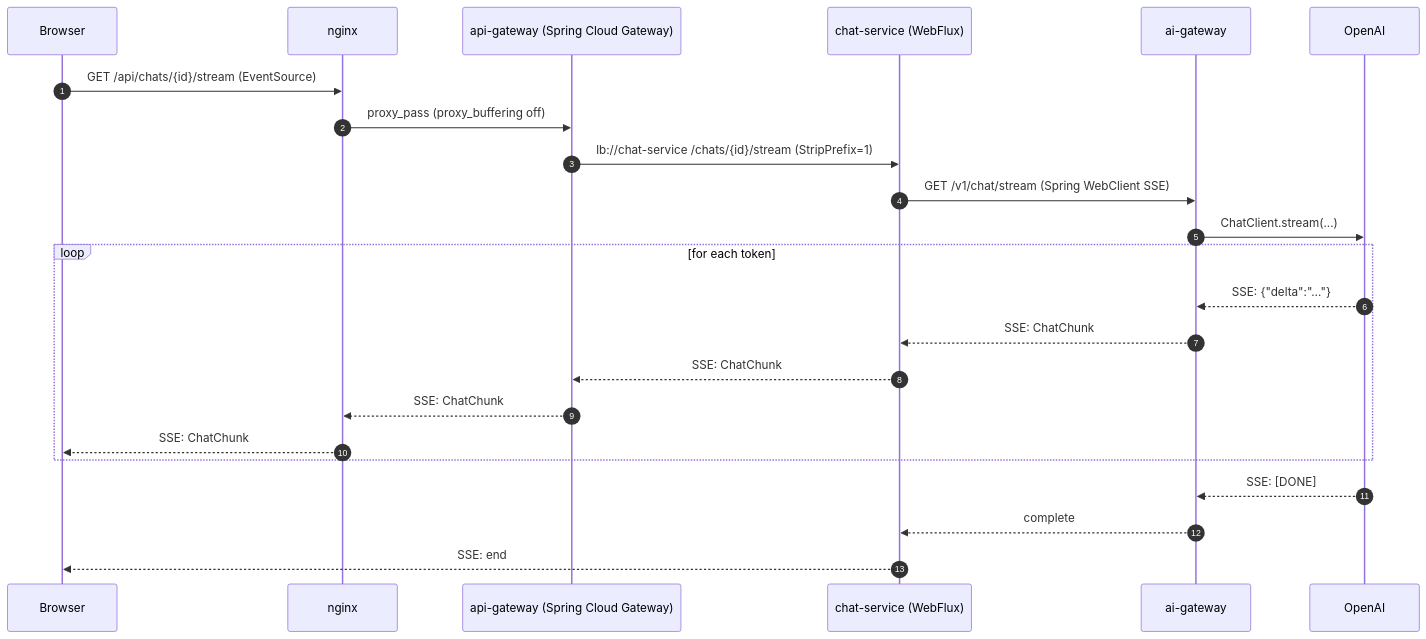
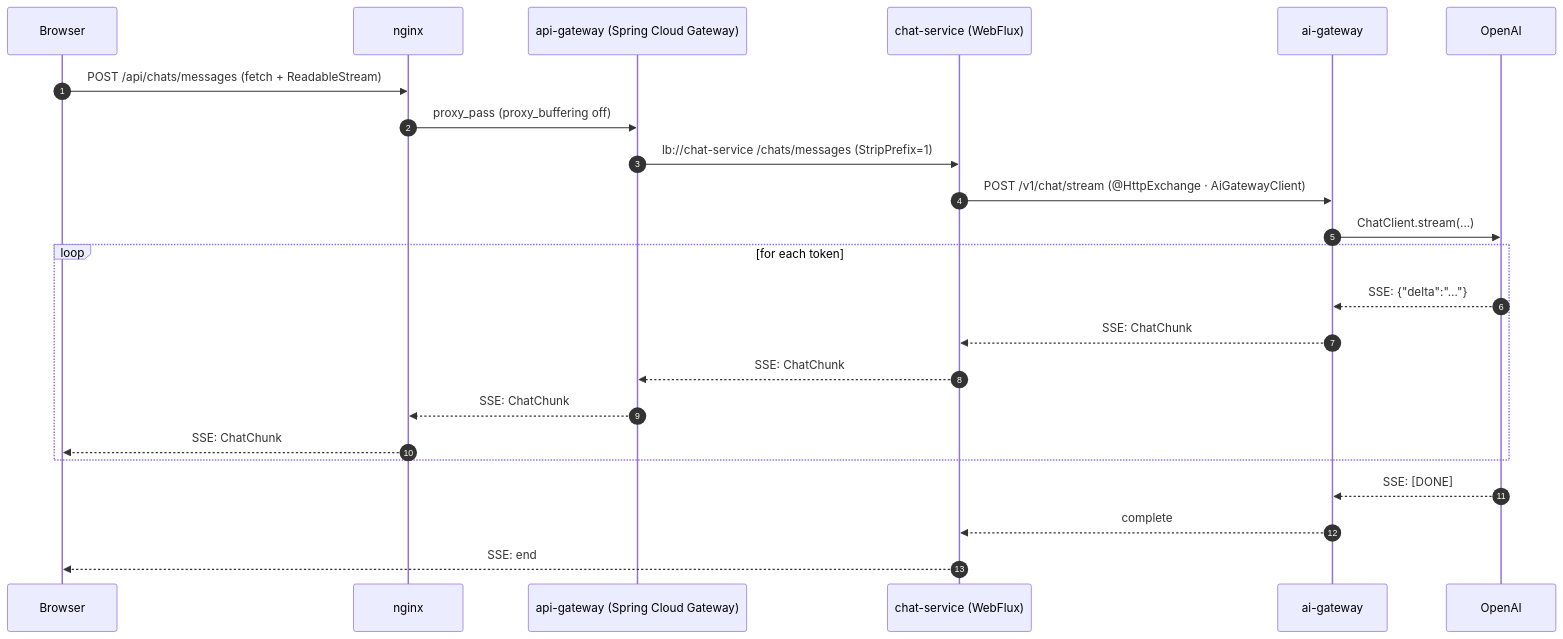
One commit to TonnTamerlan/java_ai_gateway changed the diagram in docs/diagrams/chat-sequence.mmd. Above: the diagram before and after it, drawn with Mermaid. The commit also changed 3 other files, not shown here.

First line of the commit message:
docs(diagrams): align architecture/chat/jobs/discovery with current code

```diff
--- a/docs/diagrams/chat-sequence.mmd
+++ b/docs/diagrams/chat-sequence.mmd
@@ -1,24 +1,24 @@
 sequenceDiagram
     autonumber
     participant Browser
     participant nginx
     participant SCG as api-gateway (Spring Cloud Gateway)
     participant Chat as chat-service (WebFlux)
     participant Gateway as ai-gateway
     participant OpenAI
 
-    Browser->>nginx: GET /api/chats/{id}/stream (EventSource)
+    Browser->>nginx: POST /api/chats/messages (fetch + ReadableStream)
     nginx->>SCG: proxy_pass (proxy_buffering off)
-    SCG->>Chat: lb://chat-service /chats/{id}/stream (StripPrefix=1)
-    Chat->>Gateway: GET /v1/chat/stream (Spring WebClient SSE)
+    SCG->>Chat: lb://chat-service /chats/messages (StripPrefix=1)
+    Chat->>Gateway: POST /v1/chat/stream (@HttpExchange · AiGatewayClient)
     Gateway->>OpenAI: ChatClient.stream(...)
     loop for each token
         OpenAI-->>Gateway: SSE: {"delta":"…"}
         Gateway-->>Chat: SSE: ChatChunk
         Chat-->>SCG: SSE: ChatChunk
         SCG-->>nginx: SSE: ChatChunk
         nginx-->>Browser: SSE: ChatChunk
     end
     OpenAI-->>Gateway: SSE: [DONE]
     Gateway-->>Chat: complete
     Chat-->>Browser: SSE: end
```
